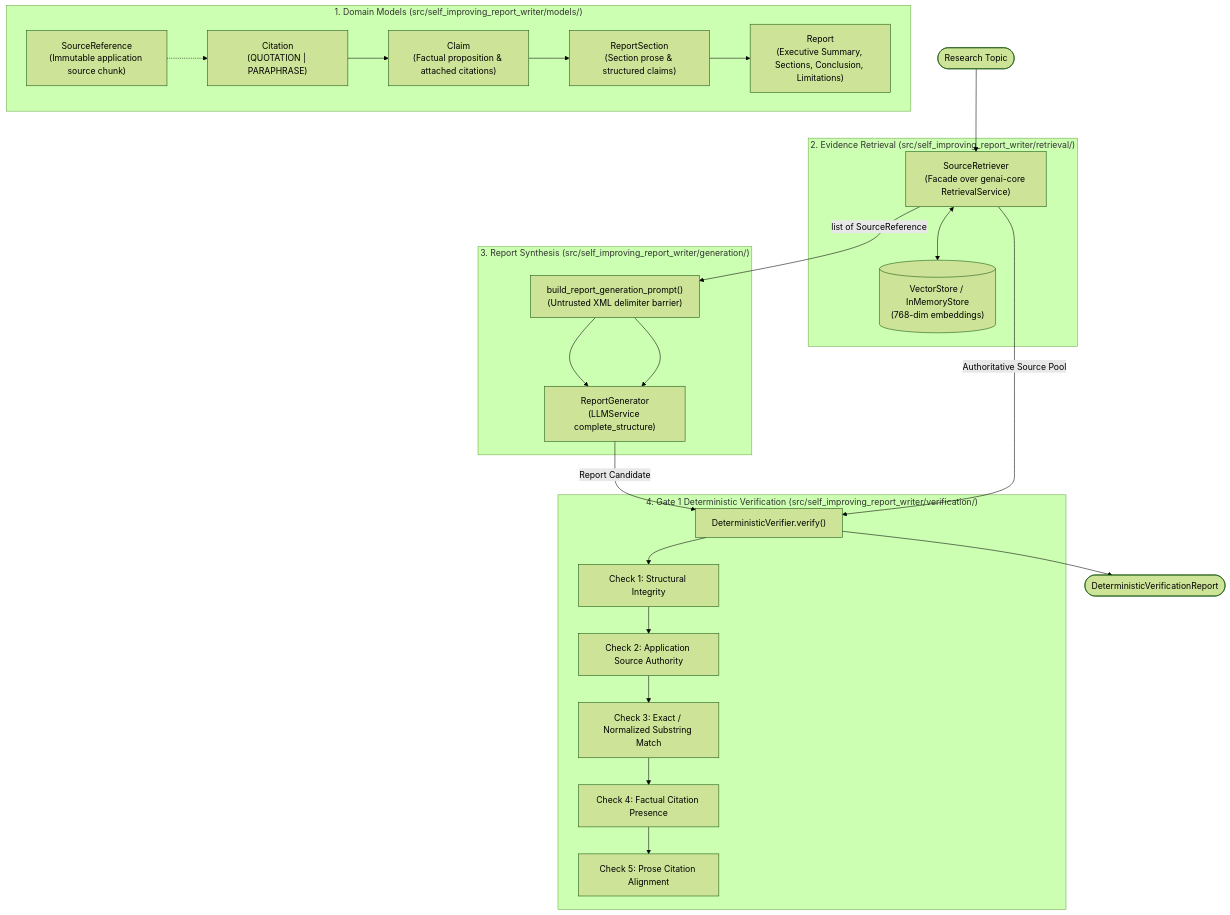
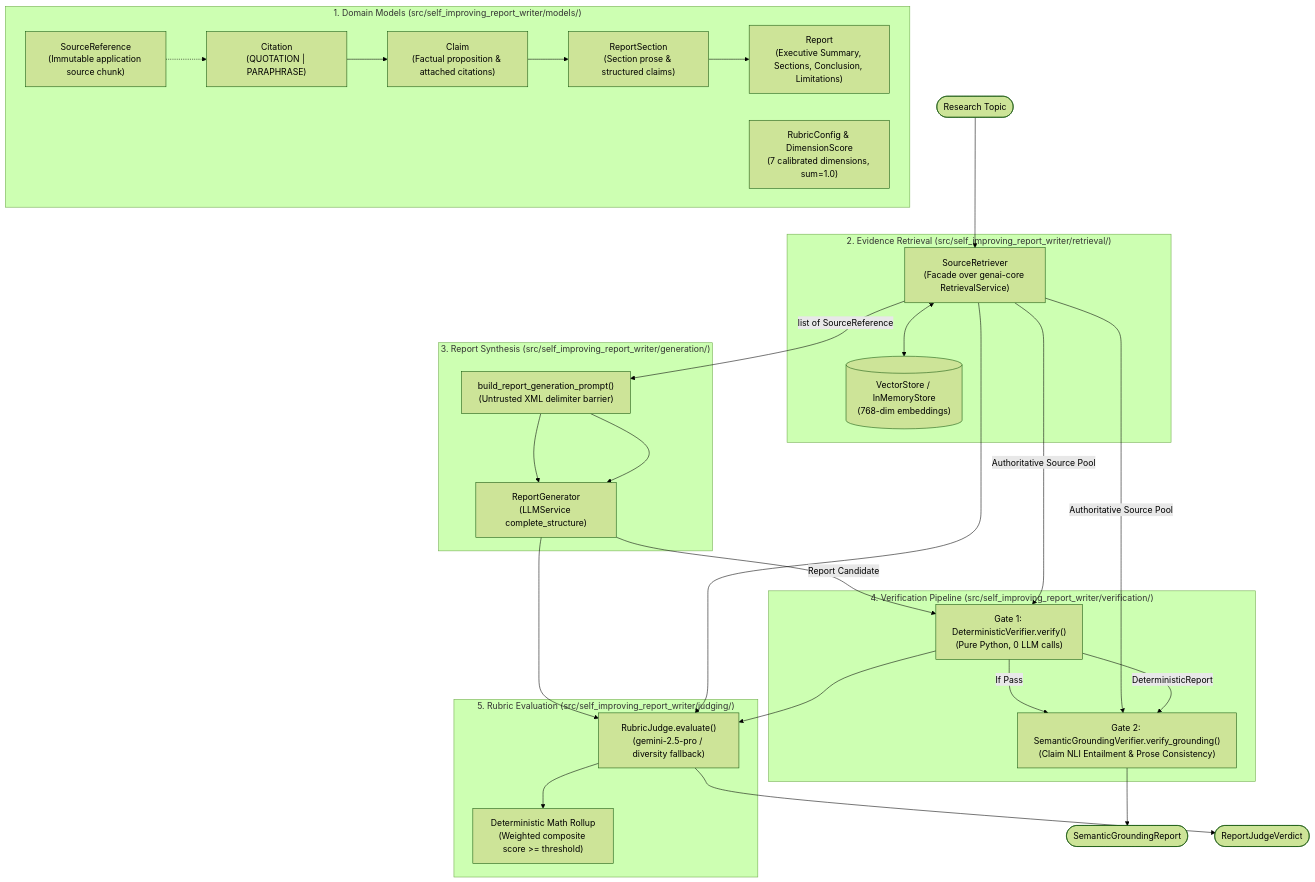
One commit to harshilkatharva/genai-engineer-journey changed the first of 4 diagrams in module-19-reflection/docs/FLOW.md. Above: the diagram before and after it, drawn with Mermaid (forest theme). The commit also changed other lines of this file and 12 other files, not shown here.

Commit message:
feat(module-19): implement semantic grounding verifier and rubric judge

````diff
--- a/module-19-reflection/docs/FLOW.md
+++ b/module-19-reflection/docs/FLOW.md
@@ -9,46 +9,55 @@
 ```mermaid
 flowchart TB
     subgraph DataStructures["1. Domain Models (src/self_improving_report_writer/models/)"]
         SourceRef["SourceReference\n(Immutable application source chunk)"]
         CitationModel["Citation\n(QUOTATION | PARAPHRASE)"]
         ClaimModel["Claim\n(Factual proposition & attached citations)"]
         SectionModel["ReportSection\n(Section prose & structured claims)"]
         ReportModel["Report\n(Executive Summary, Sections, Conclusion, Limitations)"]
+        RubricModel["RubricConfig & DimensionScore\n(7 calibrated dimensions, sum=1.0)"]
 
         SourceRef -.-> CitationModel
         CitationModel --> ClaimModel
         ClaimModel --> SectionModel
         SectionModel --> ReportModel
     end
 
     subgraph RetrievalLayer["2. Evidence Retrieval (src/self_improving_report_writer/retrieval/)"]
         Retriever["SourceRetriever\n(Facade over genai-core RetrievalService)"]
         StoreAdapter[("VectorStore / InMemoryStore\n(768-dim embeddings)")]
         Retriever <--> StoreAdapter
     end
 
     subgraph GenerationLayer["3. Report Synthesis (src/self_improving_report_writer/generation/)"]
         PromptBuilder["build_report_generation_prompt()\n(Untrusted XML delimiter barrier)"]
         Generator["ReportGenerator\n(LLMService complete_structure)"]
         PromptBuilder --> Generator
     end
 
-    subgraph VerifierEngine["4. Gate 1 Deterministic Verification (src/self_improving_report_writer/verification/)"]
-        Verifier["DeterministicVerifier.verify()"]
-        CheckSchema["Check 1: Structural Integrity"]
-        CheckAuthority["Check 2: Application Source Authority"]
-        CheckQuotations["Check 3: Exact / Normalized Substring Match"]
-        CheckClaims["Check 4: Factual Citation Presence"]
-        CheckProse["Check 5: Prose Citation Alignment"]
+    subgraph VerifierEngine["4. Verification Pipeline (src/self_improving_report_writer/verification/)"]
+        G1Verifier["Gate 1: DeterministicVerifier.verify()\n(Pure Python, 0 LLM calls)"]
+        G2Verifier["Gate 2: SemanticGroundingVerifier.verify_grounding()\n(Claim NLI Entailment & Prose Consistency)"]
 
-        Verifier --> CheckSchema --> CheckAuthority --> CheckQuotations --> CheckClaims --> CheckProse
+        G1Verifier -->|If Pass| G2Verifier
+    end
+
+    subgraph JudgingEngine["5. Rubric Evaluation (src/self_improving_report_writer/judging/)"]
+        Judge["RubricJudge.evaluate()\n(gemini-2.5-pro / diversity fallback)"]
+        Rollup["Deterministic Math Rollup\n(Weighted composite score >= threshold)"]
+        Judge --> Rollup
     end
 
     %% Wiring
     TopicInput(["Research Topic"]) --> Retriever
     Retriever -->|list of SourceReference| PromptBuilder
     PromptBuilder --> Generator
-    Generator -->|Report Candidate| Verifier
-    Retriever -->|Authoritative Source Pool| Verifier
-    Verifier --> ReportOutput(["DeterministicVerificationReport"])
+    Generator -->|Report Candidate| G1Verifier
+    Retriever -->|Authoritative Source Pool| G1Verifier
+    Retriever -->|Authoritative Source Pool| G2Verifier
+    G1Verifier -->|DeterministicReport| G2Verifier
+    G2Verifier --> SemanticOutput(["SemanticGroundingReport"])
+    Generator --> Judge
+    G1Verifier --> Judge
+    Retriever --> Judge
+    Judge --> VerdictOutput(["ReportJudgeVerdict"])
 ```
````
